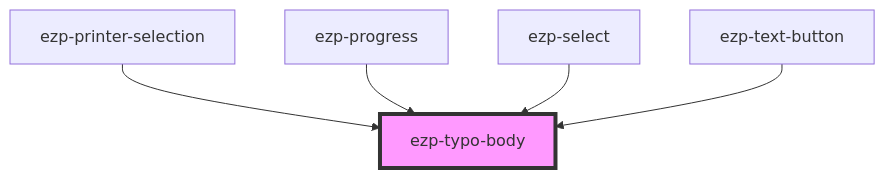
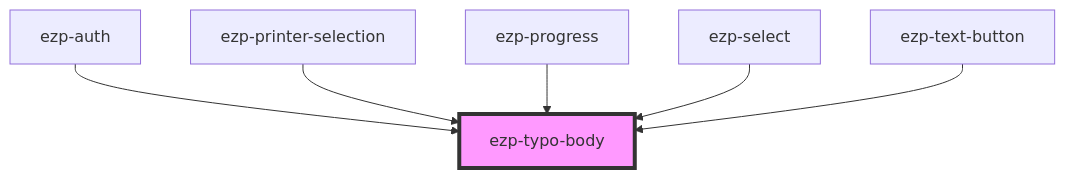
One commit to ezeep/ezeep-js changed the diagram in src/components/ezp-typo-body/readme.md. Above: the diagram before and after it, drawn with Mermaid. The commit also changed other lines of this file and 17 other files, not shown here.

````diff
--- a/src/components/ezp-typo-body/readme.md
+++ b/src/components/ezp-typo-body/readme.md
@@ -33,8 +34,9 @@
 ```mermaid
 graph TD;
+  ezp-auth --> ezp-typo-body
   ezp-printer-selection --> ezp-typo-body
   ezp-progress --> ezp-typo-body
   ezp-select --> ezp-typo-body
   ezp-text-button --> ezp-typo-body
   style ezp-typo-body fill:#f9f,stroke:#333,stroke-width:4px
 ```
````
